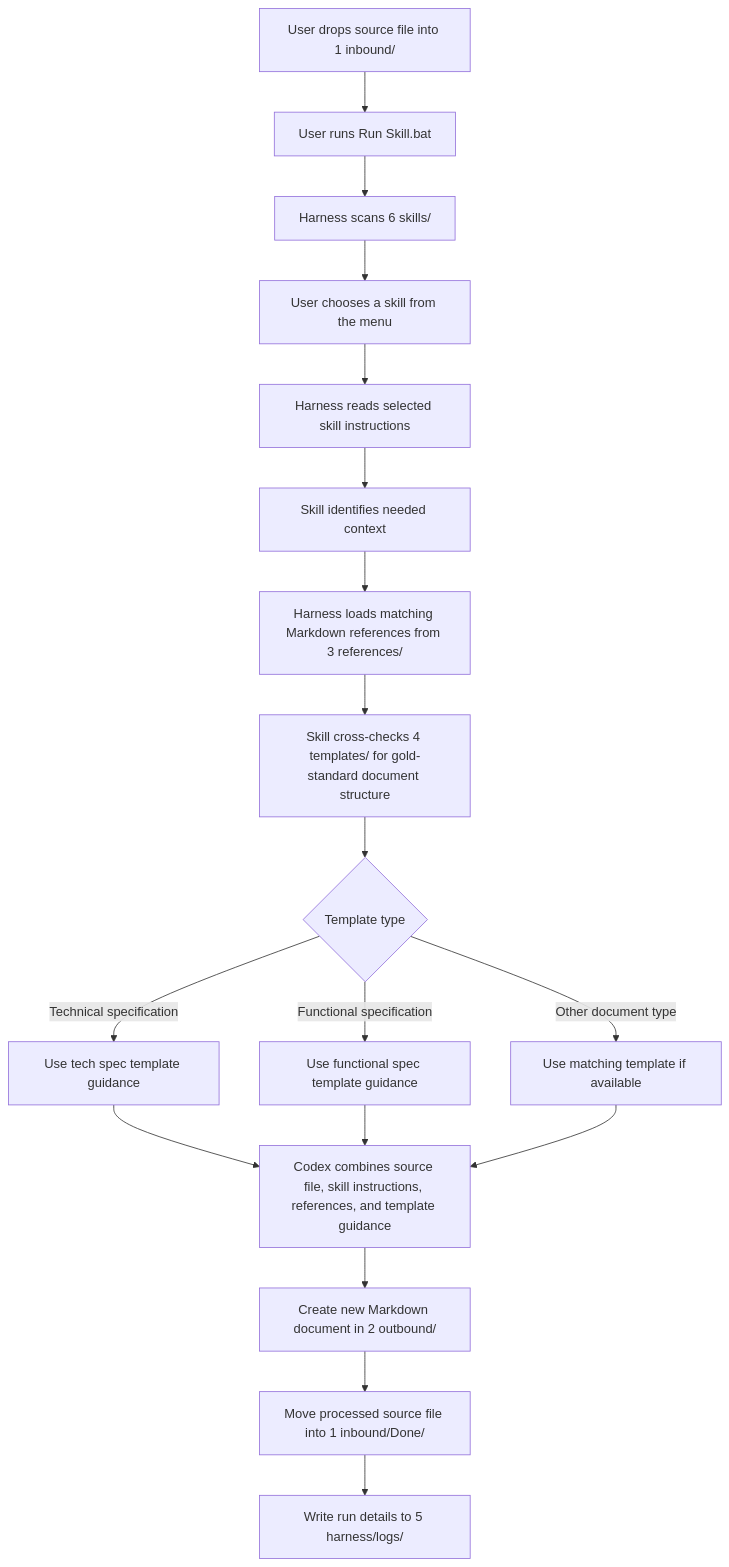
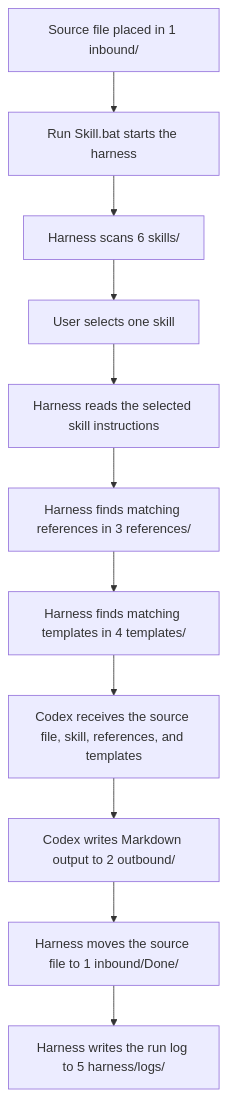
The diagram in README.md (chaddeguzman/control-library), drawn with Mermaid before and after one commit. The commit also changed other lines of this file, not shown here.

Commit message:
Clarify README flow

````diff
--- a/README.md
+++ b/README.md
@@ -17,20 +25,13 @@
 ```mermaid
 flowchart TD
-    A[User drops source file into 1 inbound/] --> B[User runs Run Skill.bat]
+    A[Source file placed in 1 inbound/] --> B[Run Skill.bat starts the harness]
     B --> C[Harness scans 6 skills/]
-    C --> D[User chooses a skill from the menu]
-    D --> E[Harness reads selected skill instructions]
-    E --> F[Skill identifies needed context]
-    F --> G[Harness loads matching Markdown references from 3 references/]
-    G --> H[Skill cross-checks 4 templates/ for gold-standard document structure]
-    H --> I{Template type}
-    I -->|Technical specification| J[Use tech spec template guidance]
-    I -->|Functional specification| K[Use functional spec template guidance]
-    I -->|Other document type| L[Use matching template if available]
-    J --> M[Codex combines source file, skill instructions, references, and template guidance]
-    K --> M
-    L --> M
-    M --> N[Create new Markdown document in 2 outbound/]
-    N --> O[Move processed source file into 1 inbound/Done/]
-    O --> P[Write run details to 5 harness/logs/]
+    C --> D[User selects one skill]
+    D --> E[Harness reads the selected skill instructions]
+    E --> F[Harness finds matching references in 3 references/]
+    F --> G[Harness finds matching templates in 4 templates/]
+    G --> H[Codex receives the source file, skill, references, and templates]
+    H --> I[Codex writes Markdown output to 2 outbound/]
+    I --> J[Harness moves the source file to 1 inbound/Done/]
+    J --> K[Harness writes the run log to 5 harness/logs/]
 ```
````
